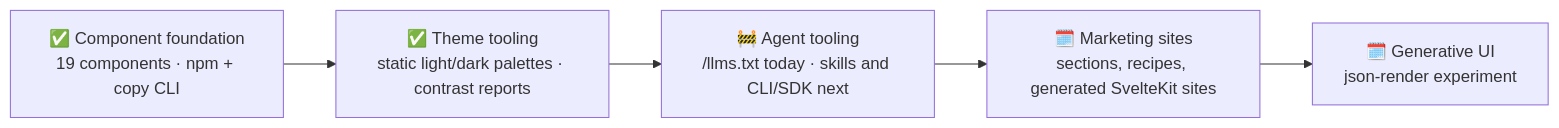
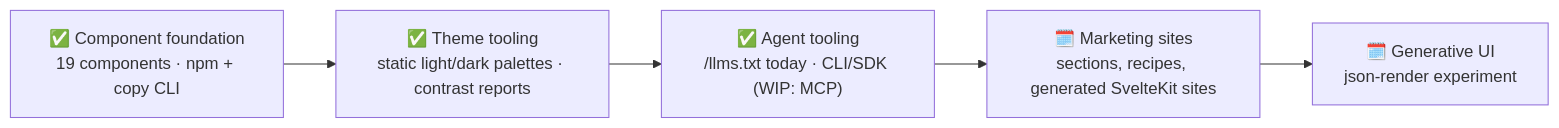
The diagram in readme.md (feuersteiner/bref-ui), drawn with Mermaid before and after one commit.

````diff
--- a/readme.md
+++ b/readme.md
@@ -129,9 +129,9 @@
 ```mermaid
 flowchart LR
     foundation["✅ Component foundation<br/>19 components · npm + copy CLI"]
     themes["✅ Theme tooling<br/>static light/dark palettes · contrast reports"]
-    agents["🚧 Agent tooling<br/>/llms.txt today · skills and CLI/SDK next"]
+    agents["✅ Agent tooling<br/>/llms.txt today · CLI/SDK (WIP: MCP)"]
     sites["🗓️ Marketing sites<br/>sections, recipes, generated SvelteKit sites"]
     genui["🗓️ Generative UI<br/>json-render experiment"]
     foundation --> themes --> agents --> sites --> genui
 ```
````
